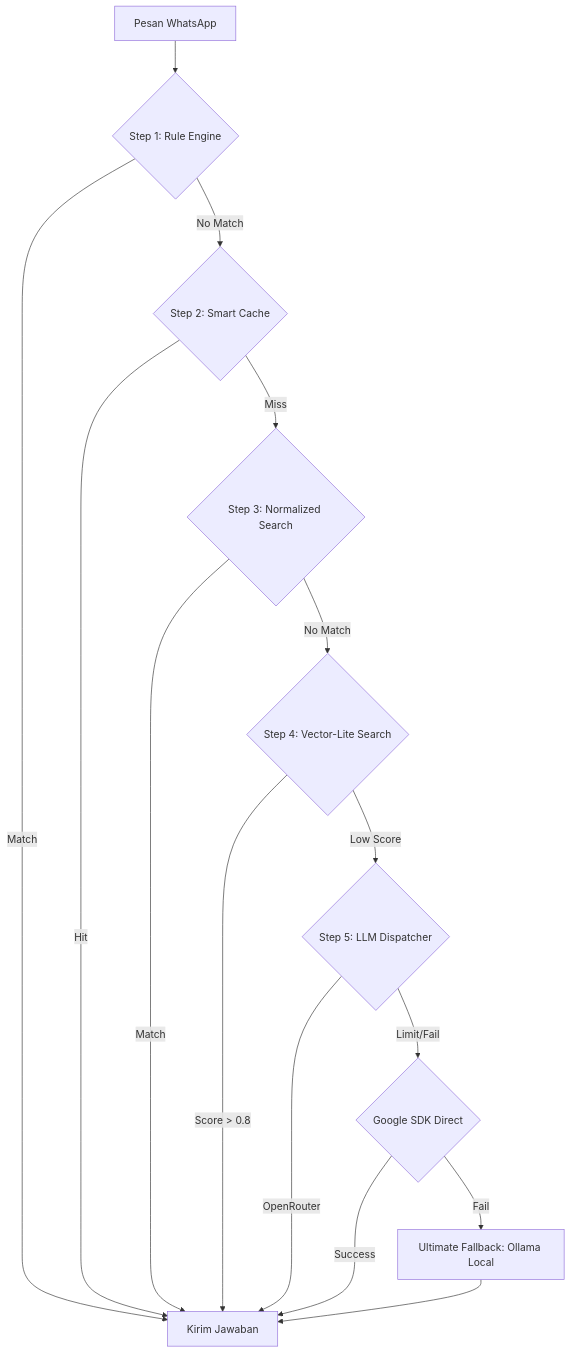
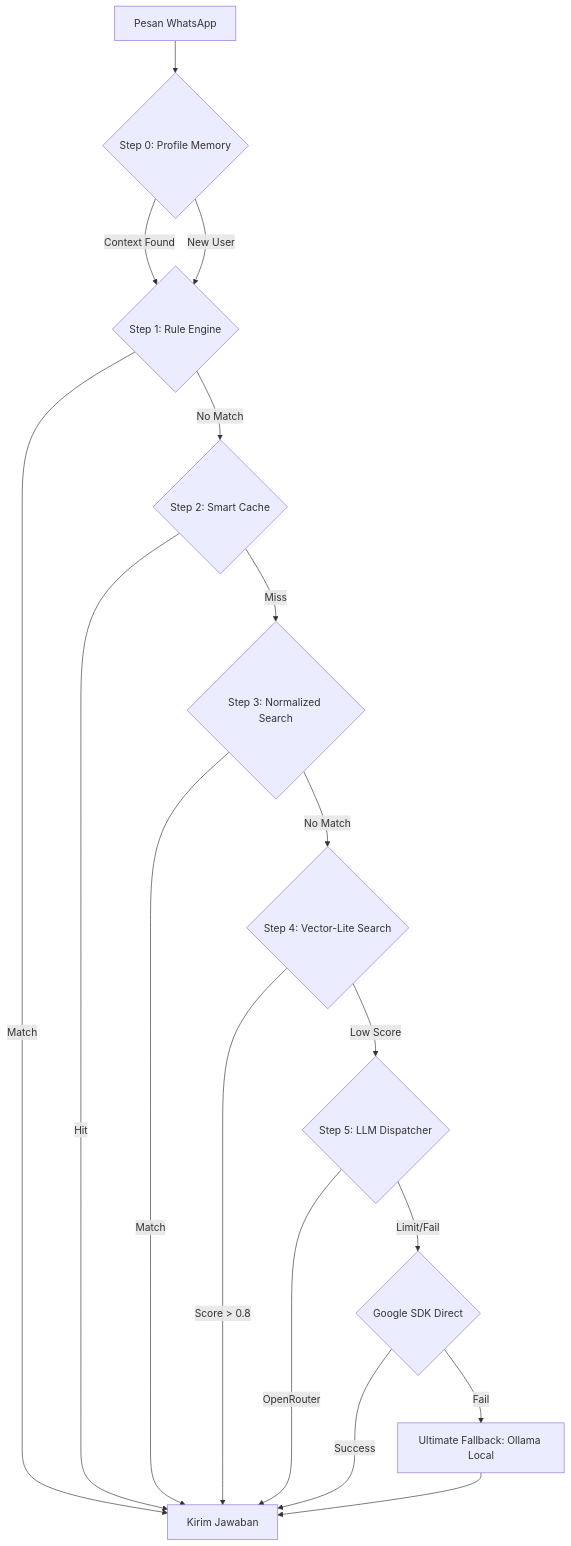
One commit to malikamrullah131/ImiBot changed the diagram in ReadMeForDevs.md. Above: the diagram before and after it, drawn with Mermaid. The commit also changed other lines of this file and 36 other files, not shown here.

Commit message:
docs: upgrade to v4.0 - Add Long-Term Memory, Broadcast Engine features, and RAG technical details

````diff
--- a/ReadMeForDevs.md
+++ b/ReadMeForDevs.md
@@ -13,16 +13,18 @@
 ```mermaid
 graph TD
-    A[Pesan WhatsApp] --> B{Step 1: Rule Engine}
-    B -- Match --> C[Kirim Jawaban]
-    B -- No Match --> D{Step 2: Smart Cache}
-    D -- Hit --> C
-    D -- Miss --> E{Step 3: Normalized Search}
-    E -- Match --> C
-    E -- No Match --> F{Step 4: Vector-Lite Search}
-    F -- Score > 0.8 --> C
-    F -- Low Score --> G{Step 5: LLM Dispatcher}
-    G -- OpenRouter --> C
-    G -- Limit/Fail --> H{Google SDK Direct}
-    H -- Success --> C
-    H -- Fail --> I[Ultimate Fallback: Ollama Local] --> C
+    A[Pesan WhatsApp] --> B{Step 0: Profile Memory}
+    B -- Context Found --> C{Step 1: Rule Engine}
+    B -- New User --> C
+    C -- Match --> D[Kirim Jawaban]
+    C -- No Match --> E{Step 2: Smart Cache}
+    E -- Hit --> D
+    E -- Miss --> F{Step 3: Normalized Search}
+    F -- Match --> D
+    F -- No Match --> G{Step 4: Vector-Lite Search}
+    G -- Score > 0.8 --> D
+    G -- Low Score --> H{Step 5: LLM Dispatcher}
+    H -- OpenRouter --> D
+    H -- Limit/Fail --> I{Google SDK Direct}
+    I -- Success --> D
+    I -- Fail --> J[Ultimate Fallback: Ollama Local] --> D
 ```
````
